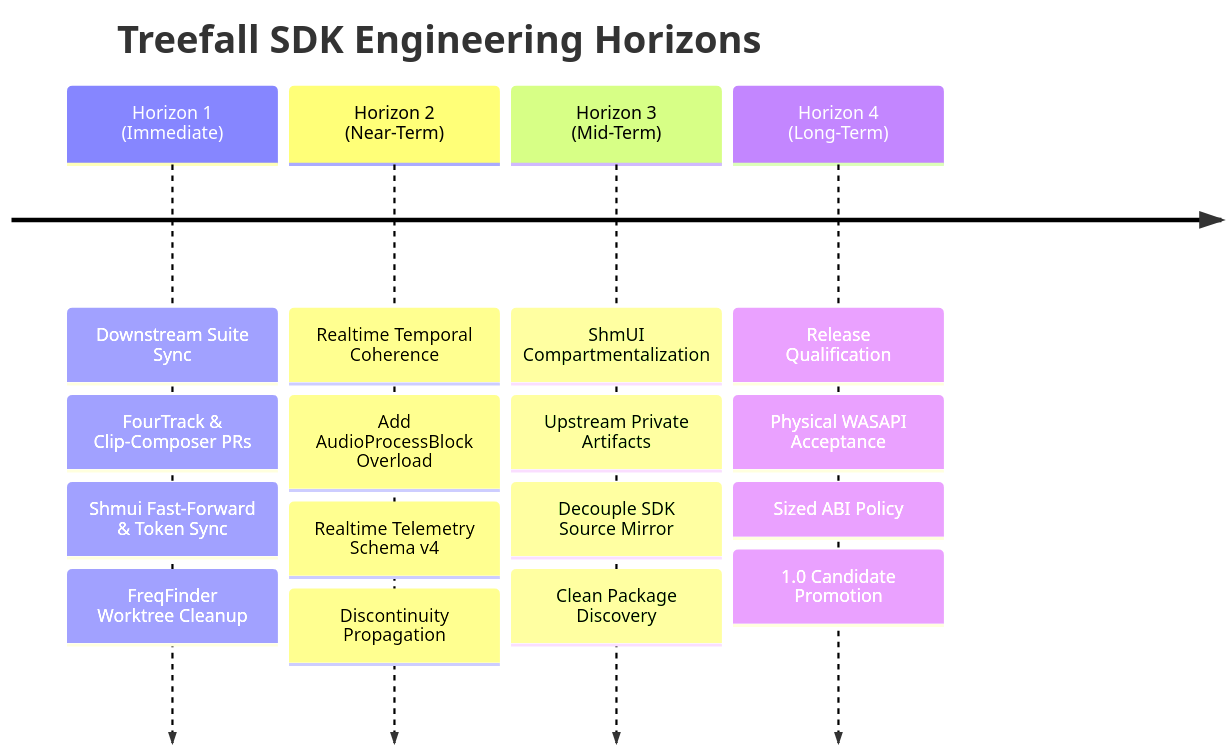
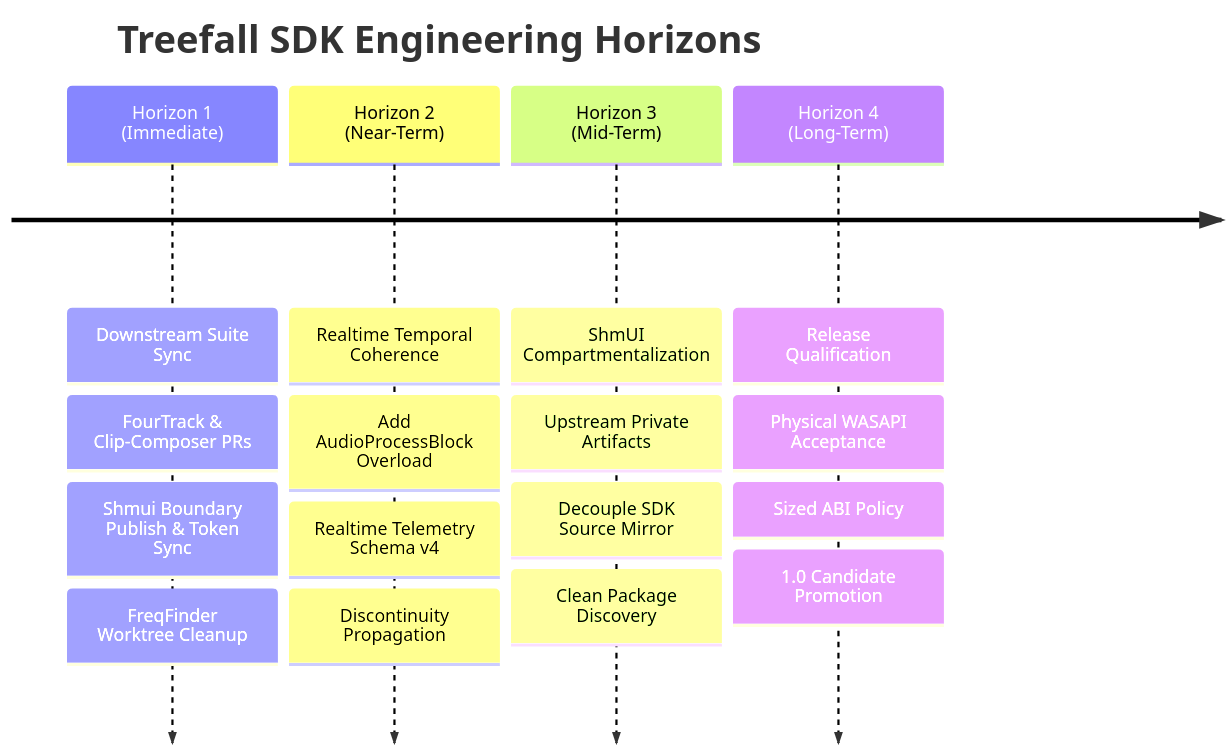
Before and after one commit to boot-industries/treefall-sdk: the diagram in docs/orp/ORP277 Treefall SDK Coherence Audit, Downstream Suite Sync, and Strategic Roadmap.md, drawn with Mermaid. The commit also changed other lines of this file and 2 other files, not shown here.

Commit message:
docs(orp): correct ORP277 suite status and benchmark citations

````diff
--- a/docs/orp/ORP277 Treefall SDK Coherence Audit, Downstream Suite Sync, and Strategic Roadmap.md
+++ b/docs/orp/ORP277 Treefall SDK Coherence Audit, Downstream Suite Sync, and Strategic Roadmap.md
@@ -201,8 +202,8 @@
 ```mermaid
 timeline
     title Treefall SDK Engineering Horizons
-    Horizon 1 (Immediate) : Downstream Suite Sync : FourTrack & Clip-Composer PRs : Shmui Fast-Forward & Token Sync : FreqFinder Worktree Cleanup
+    Horizon 1 (Immediate) : Downstream Suite Sync : FourTrack & Clip-Composer PRs : Shmui Boundary Publish & Token Sync : FreqFinder Worktree Cleanup
     Horizon 2 (Near-Term) : Realtime Temporal Coherence : Add AudioProcessBlock Overload : Realtime Telemetry Schema v4 : Discontinuity Propagation
     Horizon 3 (Mid-Term) : ShmUI Compartmentalization : Upstream Private Artifacts : Decouple SDK Source Mirror : Clean Package Discovery
     Horizon 4 (Long-Term) : Release Qualification : Physical WASAPI Acceptance : Sized ABI Policy : 1.0 Candidate Promotion
 ```
````
